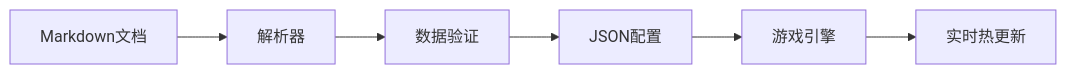
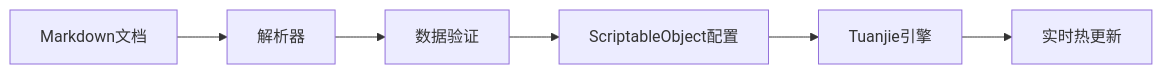
Before and after one commit to yingsiqi/Immortality: the second of 3 diagrams in doc/guides/project-management/alpha-development-plan.md, drawn with Mermaid. The commit also changed other lines of this file and 25 other files, not shown here.

````diff
--- a/doc/guides/project-management/alpha-development-plan.md
+++ b/doc/guides/project-management/alpha-development-plan.md
@@ -79,8 +86,8 @@
 ```mermaid
 flowchart LR
     A[Markdown文档] --> B[解析器]
     B --> C[数据验证]
-    C --> D[JSON配置]
-    D --> E[游戏引擎]
+    C --> D[ScriptableObject配置]
+    D --> E[Tuanjie引擎]
     E --> F[实时热更新]
 ```
````
